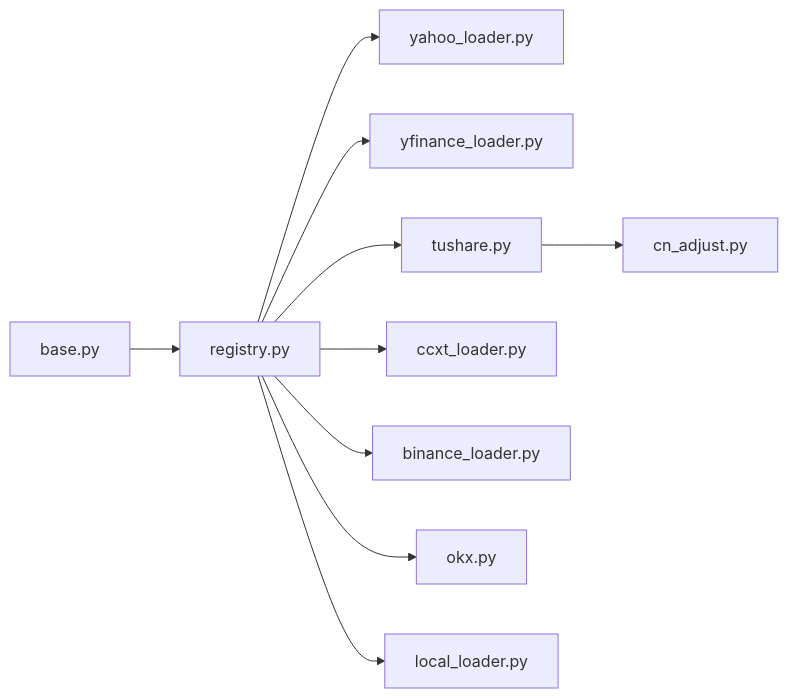
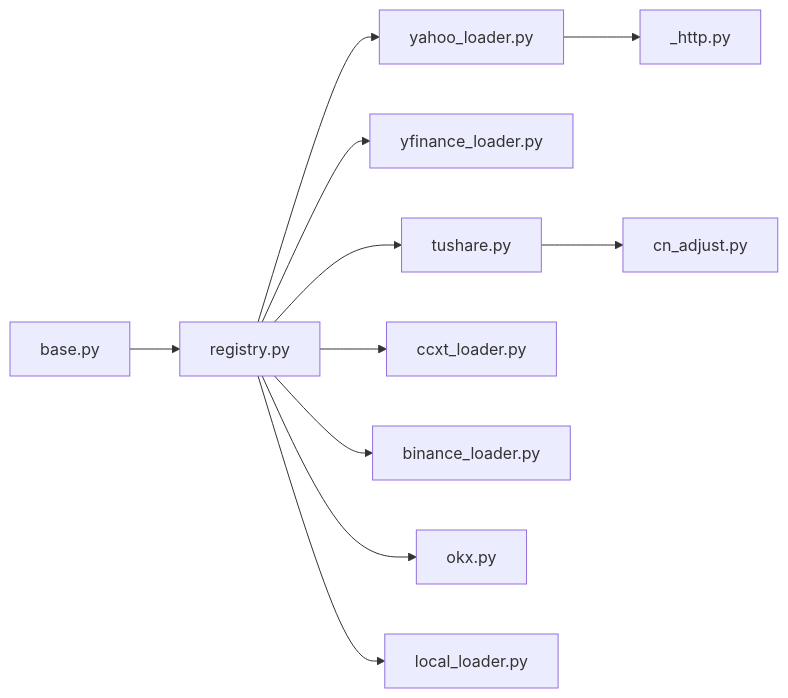
Before and after one commit to 20012002er/Vibe-Trading: the seventh of 7 diagrams in .qoder/repowiki/zh/content/架构设计/集成模式/数据源集成/数据源集成.md, drawn with Mermaid. The commit also changed other lines of this file and 96 other files, not shown here.

````diff
--- a/.qoder/repowiki/zh/content/架构设计/集成模式/数据源集成/数据源集成.md
+++ b/.qoder/repowiki/zh/content/架构设计/集成模式/数据源集成/数据源集成.md
@@ -302,12 +319,13 @@
 ```mermaid
 graph LR
 Base["base.py"] --> Reg["registry.py"]
 Reg --> YF["yahoo_loader.py"]
 Reg --> YF2["yfinance_loader.py"]
 Reg --> TS["tushare.py"]
 Reg --> CCXT["ccxt_loader.py"]
 Reg --> BIN["binance_loader.py"]
 Reg --> OKX["okx.py"]
 Reg --> LOC["local_loader.py"]
 TS --> Adj["cn_adjust.py"]
+YF --> Http["_http.py"]
 ```
````
